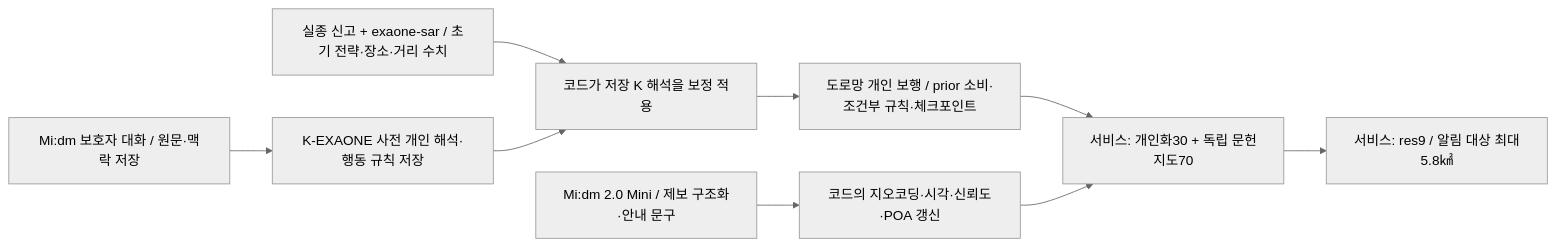
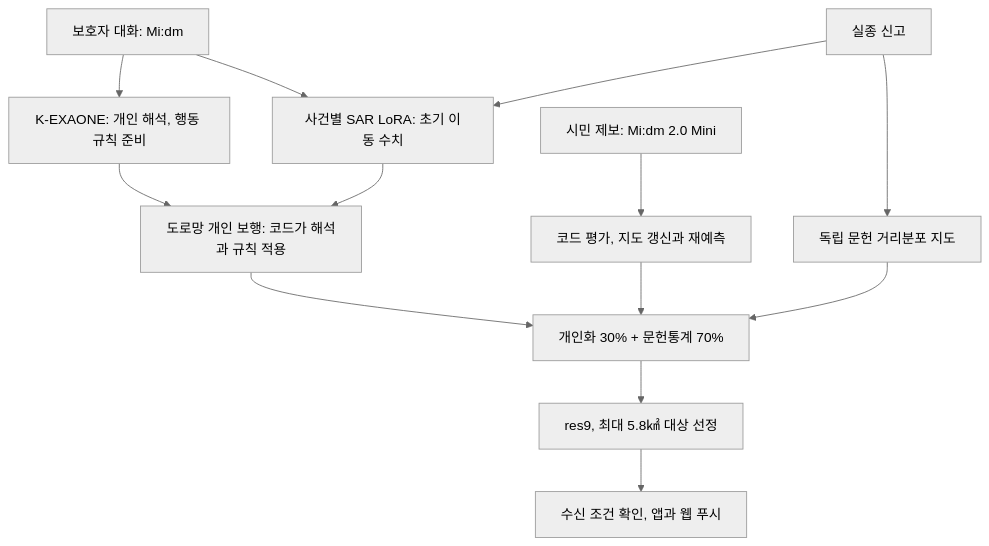
Before and after one commit to Donghaeng-AI-ROOKIE/Come-back-home: the diagram in README.md, drawn with Mermaid (neutral theme). The commit also changed other lines of this file and 10 other files, not shown here.

````diff
--- a/README.md
+++ b/README.md
@@ -81,11 +41,15 @@
 ```mermaid
-flowchart LR
-    A["Mi:dm 보호자 대화 / 원문·맥락 저장"] --> B["K-EXAONE 사전 개인 해석·행동 규칙 저장"]
-    C["실종 신고 + exaone-sar / 초기 전략·장소·거리 수치"] --> D["코드가 저장 K 해석을 보정 적용"]
-    B --> D
-    D --> E["도로망 개인 보행 / prior 소비·조건부 규칙·체크포인트"]
-    E --> F["서비스: 개인화30 + 독립 문헌지도70"]
-    F --> G["서비스: res9 / 알림 대상 최대5.8㎢"]
-    H["Mi:dm 2.0 Mini / 제보 구조화·안내 문구"] --> I["코드의 지오코딩·시각·신뢰도·POA 갱신"]
-    I --> F
+flowchart TD
+  G["보호자 대화: Mi:dm"] --> K["K-EXAONE: 개인 해석, 행동 규칙 준비"]
+  G --> S["사건별 SAR LoRA: 초기 이동 수치"]
+  R["실종 신고"] --> S
+  S --> P["도로망 개인 보행: 코드가 해석과 규칙 적용"]
+  K --> P
+  R --> L["독립 문헌 거리분포 지도"]
+  P --> M["개인화 30% + 문헌통계 70%"]
+  L --> M
+  M --> A["res9, 최대 5.8㎢ 대상 선정"]
+  A --> N["수신 조건 확인, 앱과 웹 푸시"]
+  T["시민 제보: Mi:dm 2.0 Mini"] --> U["코드 평가, 지도 갱신과 재예측"]
+  U --> M
 ```
````
